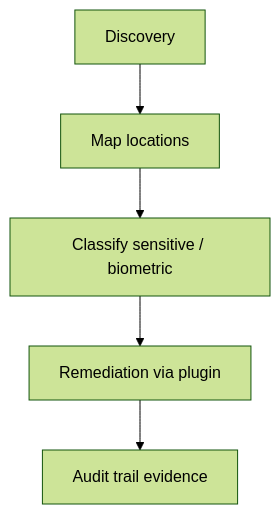
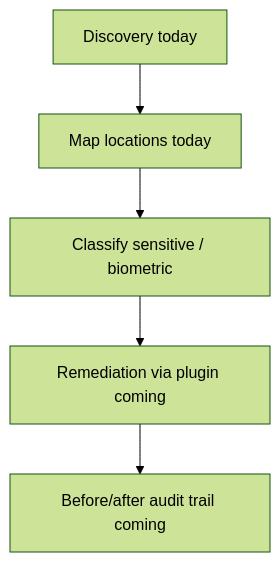
The diagram in docs/use-cases/USE_CASE_BIOMETRIC_DATA_PROTECTION.md (DataBoar/data-boar), drawn with Mermaid (forest theme) before and after one commit. The commit also changed other lines of this file and 2 other files, not shown here.

````diff
--- a/docs/use-cases/USE_CASE_BIOMETRIC_DATA_PROTECTION.md
+++ b/docs/use-cases/USE_CASE_BIOMETRIC_DATA_PROTECTION.md
@@ -32,7 +32,7 @@
 ```mermaid
 flowchart TD
-  D[Discovery] --> M[Map locations]
+  D[Discovery today] --> M[Map locations today]
   M --> C[Classify sensitive / biometric]
-  C --> R[Remediation via plugin]
-  R --> E[Audit trail evidence]
+  C --> R[Remediation via plugin coming]
+  R --> E[Before/after audit trail coming]
 ```
````
